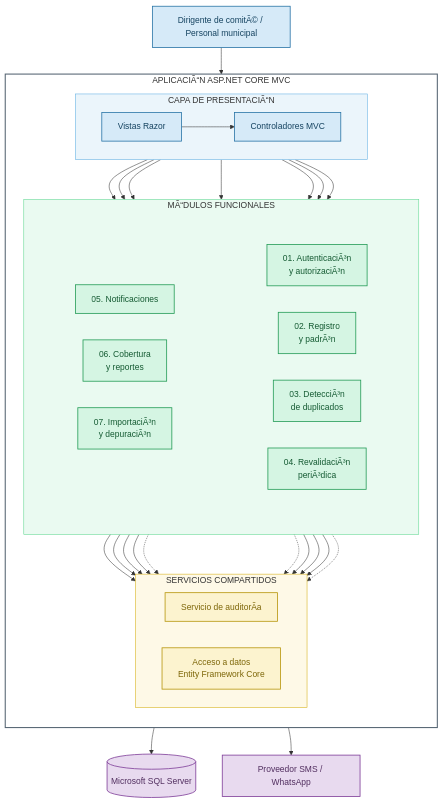
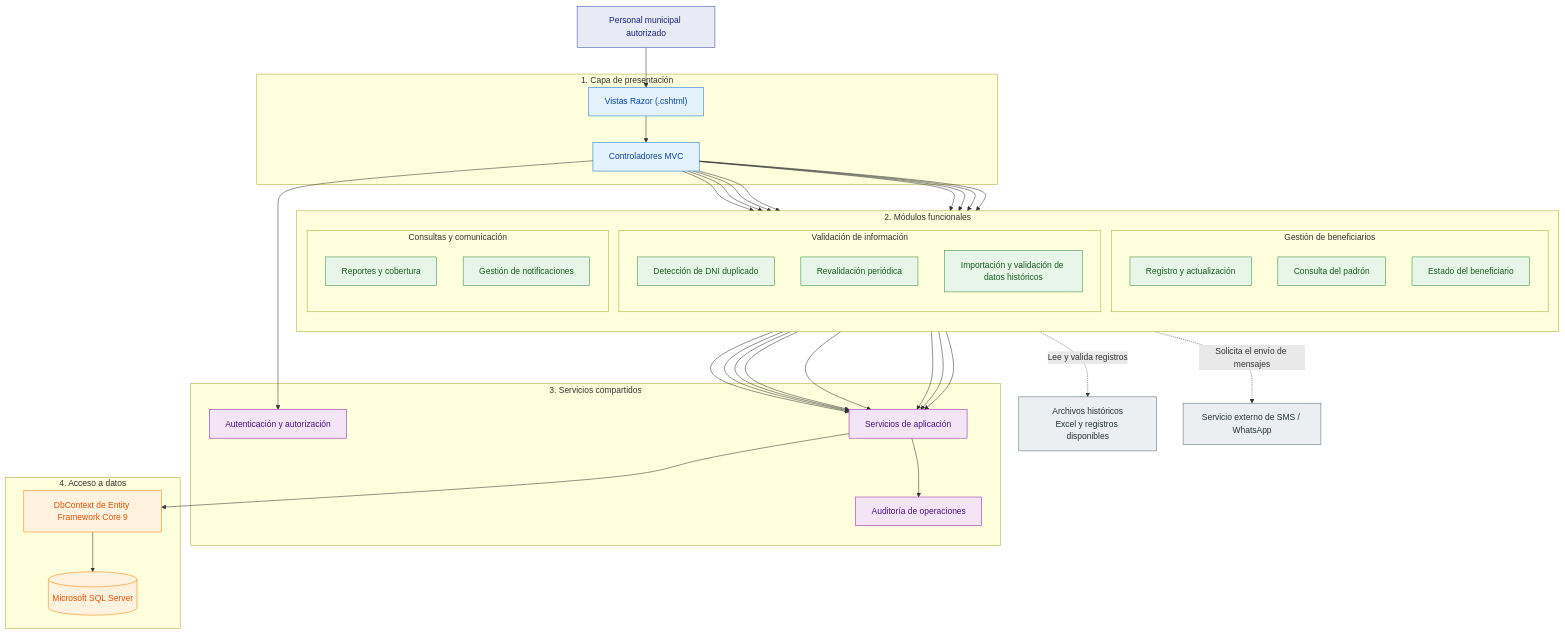
One commit to Yey-Cardenas/Programas-Sociales changed the diagram in arquitectura/C4/C3-componentes.md. Above: the diagram before and after it, drawn with Mermaid. The commit also changed other lines of this file and 12 other files, not shown here.

````diff
--- a/arquitectura/C4/C3-componentes.md
+++ b/arquitectura/C4/C3-componentes.md
@@ -4,86 +13,88 @@
 ```mermaid
 flowchart TB
-    usuario["Dirigente de comitÃ© / Personal municipal"]
+    USR["Personal municipal autorizado"]
 
-    subgraph aplicacion["APLICACIÃ“N ASP.NET CORE MVC"]
+    subgraph PRESENTACION["1. Capa de presentación"]
+        CTRL["Controladores MVC"]
+        VIEW["Vistas Razor (.cshtml)"]
+    end
+
+    subgraph MODULOS["2. Módulos funcionales"]
         direction TB
 
-        subgraph presentacion["CAPA DE PRESENTACIÃ“N"]
-            direction LR
-            vistas["Vistas Razor"]
-            controladores["Controladores MVC"]
-            vistas --> controladores
+        subgraph GESTION["Gestión de beneficiarios"]
+            REG["Registro y actualización"]
+            PAD["Consulta del padrón"]
+            EST["Estado del beneficiario"]
         end
 
-        subgraph funcional["MÃ“DULOS FUNCIONALES"]
-            direction TB
-
-            subgraph fila1[" "]
-                direction LR
-                m1["01. AutenticaciÃ³n<br/>y autorizaciÃ³n"]
-                m2["02. Registro<br/>y padrÃ³n"]
-                m3["03. DetecciÃ³n<br/>de duplicados"]
-                m4["04. RevalidaciÃ³n<br/>periÃ³dica"]
-            end
-
-            subgraph fila2[" "]
-                direction LR
-                m5["05. Notificaciones"]
-                m6["06. Cobertura<br/>y reportes"]
-                m7["07. ImportaciÃ³n<br/>y depuraciÃ³n"]
-            end
+        subgraph VALIDACION["Validación de información"]
+            DUP["Detección de DNI duplicado"]
+            REVA["Revalidación periódica"]
+            IMP["Importación y validación de datos históricos"]
         end
 
-        subgraph soporte["SERVICIOS COMPARTIDOS"]
-            direction LR
-            auditoria["Servicio de auditorÃ­a"]
-            datos["Acceso a datos<br/>Entity Framework Core"]
+        subgraph CONSULTA["Consultas y comunicación"]
+            REP["Reportes y cobertura"]
+            NOTI["Gestión de notificaciones"]
         end
-
-        controladores --> m1
-        controladores --> m2
-        controladores --> m3
-        controladores --> m4
-        controladores --> m5
-        controladores --> m6
-        controladores --> m7
-
-        m1 --> datos
-        m2 --> datos
-        m3 --> datos
-        m4 --> datos
-        m5 --> datos
-        m6 --> datos
-        m7 --> datos
-
-        m2 -.-> auditoria
-        m4 -.-> auditoria
-        m7 -.-> auditoria
     end
 
-    bd[("Microsoft SQL Server")]
-    proveedor["Proveedor SMS / WhatsApp"]
+    subgraph COMPARTIDOS["3. Servicios compartidos"]
+        AUTH["Autenticación y autorización"]
+        AUD["Auditoría de operaciones"]
+        SERV["Servicios de aplicación"]
+    end
 
-    usuario --> vistas
-    datos --> bd
-    m5 --> proveedor
+    subgraph DATOS["4. Acceso a datos"]
+        CTX["DbContext de Entity Framework Core 9"]
+        SQL[("Microsoft SQL Server")]
+    end
 
-    classDef actor fill:#D6EAF8,stroke:#2874A6,color:#154360,stroke-width:1.5px
-    classDef presentacion fill:#D6EAF8,stroke:#2874A6,color:#154360,stroke-width:1.5px
-    classDef modulo fill:#D5F5E3,stroke:#239B56,color:#145A32,stroke-width:1.5px
-    classDef soporte fill:#FCF3CF,stroke:#B7950B,color:#7D6608,stroke-width:1.5px
-    classDef externo fill:#E8DAEF,stroke:#7D3C98,color:#512E5F,stroke-width:1.5px
+    HIST["Archivos históricos<br/>Excel y registros disponibles"]
+    MSG["Servicio externo de SMS / WhatsApp"]
 
-    class usuario actor
-    class vistas,controladores presentacion
-    class m1,m2,m3,m4,m5,m6,m7 modulo
-    class auditoria,datos soporte
-    class bd,proveedor externo
+    USR --> VIEW
+    VIEW --> CTRL
 
-    style aplicacion fill:#FFFFFF,stroke:#566573,stroke-width:2px
-    style presentacion fill:#EBF5FB,stroke:#5DADE2,stroke-width:1px
-    style funcional fill:#EAFAF1,stroke:#58D68D,stroke-width:1px
-    style soporte fill:#FEF9E7,stroke:#D4AC0D,stroke-width:1px
-    style fila1 fill:transparent,stroke:transparent
-    style fila2 fill:transparent,stroke:transparent
+    CTRL --> REG
+    CTRL --> PAD
+    CTRL --> EST
+    CTRL --> DUP
+    CTRL --> REVA
+    CTRL --> IMP
+    CTRL --> REP
+    CTRL --> NOTI
+
+    CTRL --> AUTH
+
+    REG --> SERV
+    PAD --> SERV
+    EST --> SERV
+    DUP --> SERV
+    REVA --> SERV
+    IMP --> SERV
+    REP --> SERV
+    NOTI --> SERV
+
+    SERV --> AUD
+    SERV --> CTX
+    CTX --> SQL
+
+    IMP -. "Lee y valida registros" .-> HIST
+    NOTI -. "Solicita el envío de mensajes" .-> MSG
+
+    classDef actor fill:#E8EAF6,stroke:#3949AB,color:#1A237E
+    classDef presentacion fill:#E3F2FD,stroke:#1976D2,color:#0D47A1
+    classDef gestion fill:#E8F5E9,stroke:#388E3C,color:#1B5E20
+    classDef compartidos fill:#F3E5F5,stroke:#8E24AA,color:#4A148C
+    classDef datos fill:#FFF3E0,stroke:#F57C00,color:#E65100
+    classDef externo fill:#ECEFF1,stroke:#546E7A,color:#263238
+
+    class USR actor
+    class CTRL,VIEW presentacion
+    class REG,PAD,EST,DUP,REVA,IMP,REP,NOTI gestion
+    class AUTH,AUD,SERV compartidos
+    class CTX,SQL datos
+    class HIST,MSG externo
 ```
````
